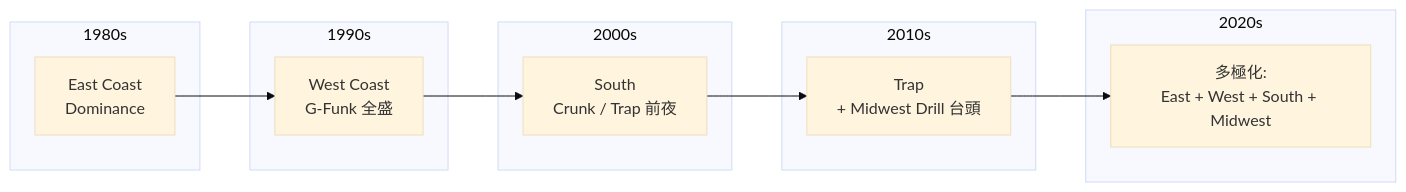
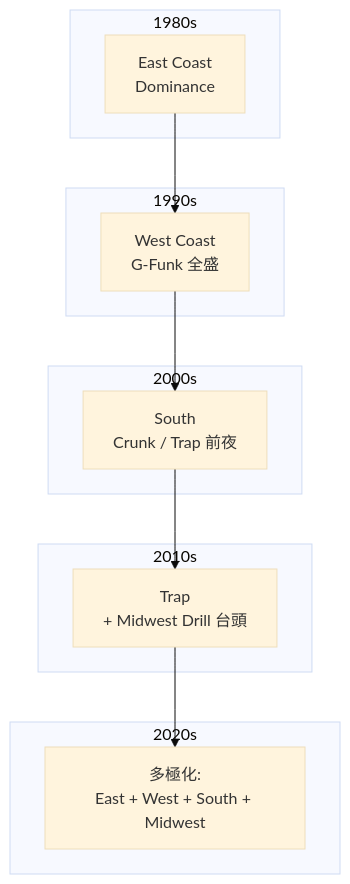
The second of 2 diagrams in _posts/2025-09-15-Column-Hiphop-History.md (monumental-movement/monumental-movement.github.io), drawn with Mermaid (base theme) before and after one commit. The commit also changed other lines of this file, not shown here.

```diff
--- a/_posts/2025-09-15-Column-Hiphop-History.md
+++ b/_posts/2025-09-15-Column-Hiphop-History.md
@@ -271,23 +271,23 @@
 <div class="mermaid">
 
-flowchart LR
+flowchart TB
     subgraph 1980s
-        E[East Coast<br/>Dominance]
+        E["East Coast<br/>Dominance"]
     end
     subgraph 1990s
-        W[West Coast<br/>G-Funk 全盛]
+        W["West Coast<br/>G-Funk 全盛"]
     end
     subgraph 2000s
-        S[South<br/>Crunk / Trap 前夜]
+        S["South<br/>Crunk / Trap 前夜"]
     end
     subgraph 2010s
-        M[Trap<br/>+ Midwest Drill 台頭]
+        M["Trap<br/>+ Midwest Drill 台頭"]
     end
     subgraph 2020s
-        P[多極化:<br/>East + West + South + Midwest]
+        P["多極化:<br/>East + West + South + Midwest"]
     end
 
     E --> W --> S --> M --> P
 
 
 </div>
```
